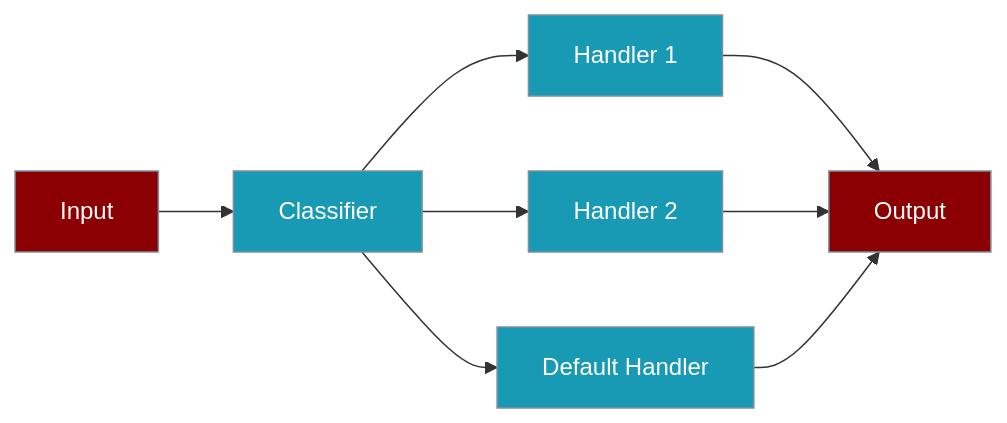
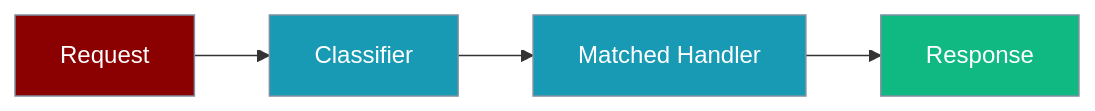
One commit to MervinPraison/PraisonAIDocs changed the first of 3 diagrams in docs/features/routing.mdx. Above: the diagram before and after it, drawn with Mermaid. The commit also changed other lines of this file and 9 other files, not shown here.

````diff
--- a/docs/features/routing.mdx
+++ b/docs/features/routing.mdx
@@ -37,16 +37,14 @@
 ```mermaid
-flowchart LR
-    In[Input] --> Router[Classifier]
-    Router --> H1[Handler 1]
-    Router --> H2[Handler 2]
-    Router --> H3[Default Handler]
-    H1 --> Out[Output]
-    H2 --> Out
-    H3 --> Out
+graph LR
+    In[Request] --> Router[Classifier]
+    Router --> Handler[Matched Handler]
+    Handler --> Out[Response]
 
-    classDef agent fill:#8B0000,stroke:#7C90A0,color:#fff
-    classDef tool fill:#189AB4,stroke:#7C90A0,color:#fff
+    classDef input fill:#8B0000,stroke:#7C90A0,color:#fff
+    classDef process fill:#189AB4,stroke:#7C90A0,color:#fff
+    classDef output fill:#10B981,stroke:#7C90A0,color:#fff
 
-    class In,Out agent
-    class Router,H1,H2,H3 tool
+    class In input
+    class Router,Handler process
+    class Out output
 ```
````
